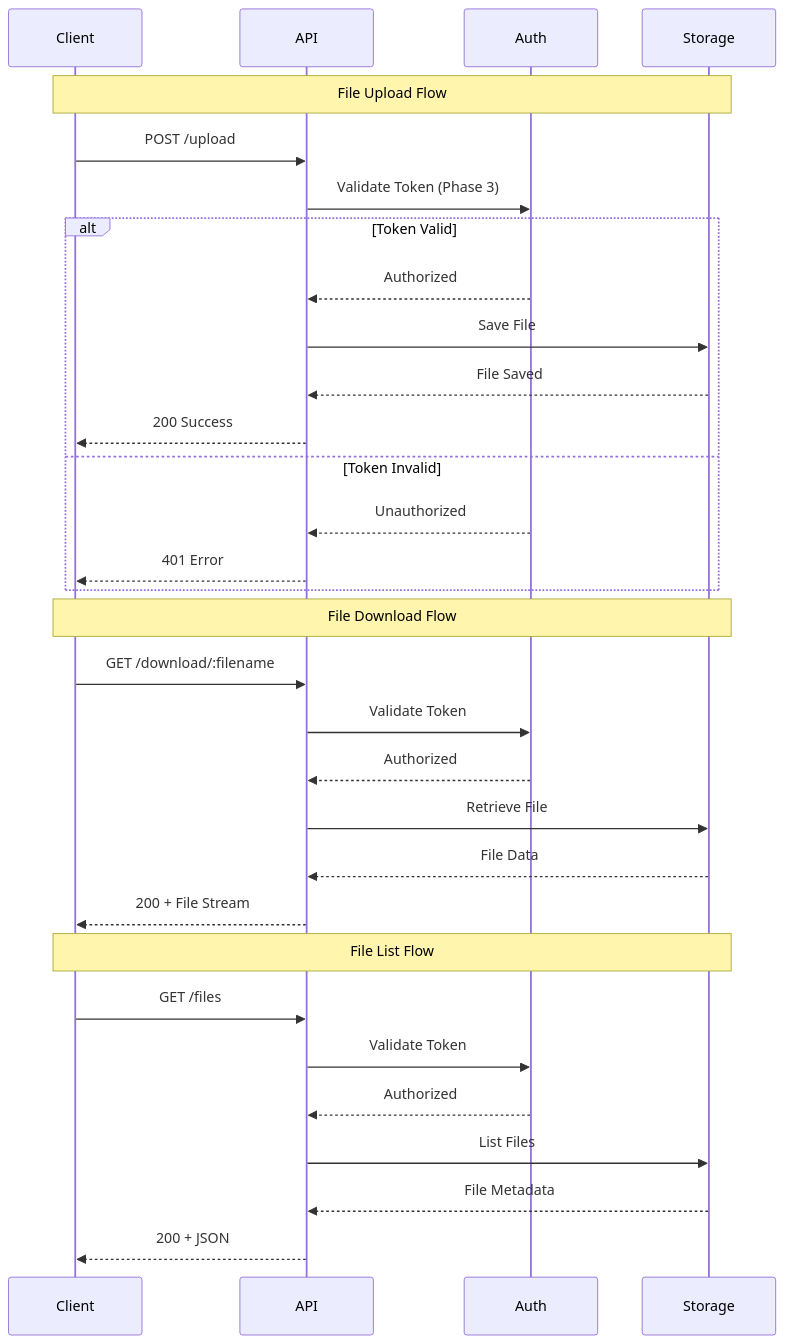
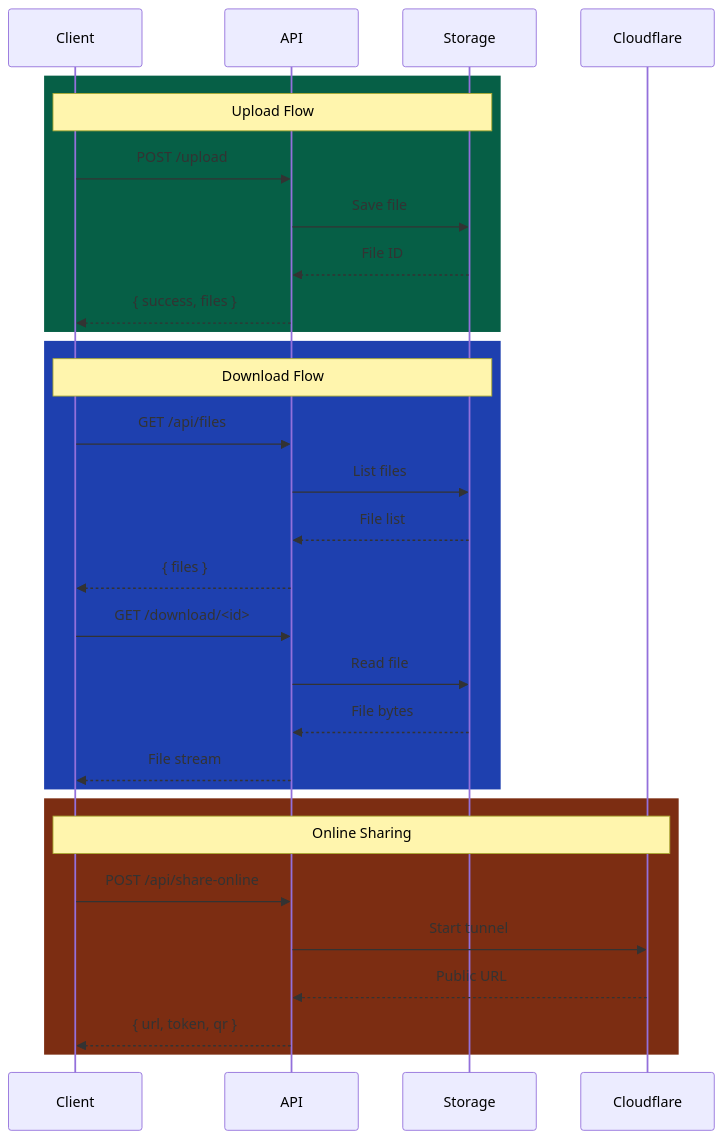
Before and after one commit to hetcharusat/sharejadpi: the second of 2 diagrams in SGP_phase1/docs/api.md, drawn with Mermaid. The commit also changed other lines of this file and 5 other files, not shown here.

````diff
--- a/SGP_phase1/docs/api.md
+++ b/SGP_phase1/docs/api.md
@@ -246,40 +759,35 @@
 ```mermaid
 sequenceDiagram
     participant Client
     participant API
-    participant Auth
     participant Storage
+    participant Cloudflare
     
-    Note over Client,Storage: File Upload Flow
-    
-    Client->>API: POST /upload
-    API->>Auth: Validate Token (Phase 3)
-    
-    alt Token Valid
-        Auth-->>API: Authorized
-        API->>Storage: Save File
-        Storage-->>API: File Saved
-        API-->>Client: 200 Success
-    else Token Invalid
-        Auth-->>API: Unauthorized
-        API-->>Client: 401 Error
+    rect rgb(6, 95, 70)
+        Note over Client,Storage: Upload Flow
+        Client->>API: POST /upload
+        API->>Storage: Save file
+        Storage-->>API: File ID
+        API-->>Client: { success, files }
     end
     
-    Note over Client,Storage: File Download Flow
+    rect rgb(30, 64, 175)
+        Note over Client,Storage: Download Flow
+        Client->>API: GET /api/files
+        API->>Storage: List files
+        Storage-->>API: File list
+        API-->>Client: { files }
+        Client->>API: GET /download/<id>
+        API->>Storage: Read file
+        Storage-->>API: File bytes
+        API-->>Client: File stream
+    end
     
-    Client->>API: GET /download/:filename
-    API->>Auth: Validate Token
-    Auth-->>API: Authorized
-    API->>Storage: Retrieve File
-    Storage-->>API: File Data
-    API-->>Client: 200 + File Stream
-    
-    Note over Client,Storage: File List Flow
-    
-    Client->>API: GET /files
-    API->>Auth: Validate Token
-    Auth-->>API: Authorized
-    API->>Storage: List Files
-    Storage-->>API: File Metadata
-    API-->>Client: 200 + JSON
+    rect rgb(124, 45, 18)
+        Note over Client,Cloudflare: Online Sharing
+        Client->>API: POST /api/share-online
+        API->>Cloudflare: Start tunnel
+        Cloudflare-->>API: Public URL
+        API-->>Client: { url, token, qr }
+    end
 ```
````
